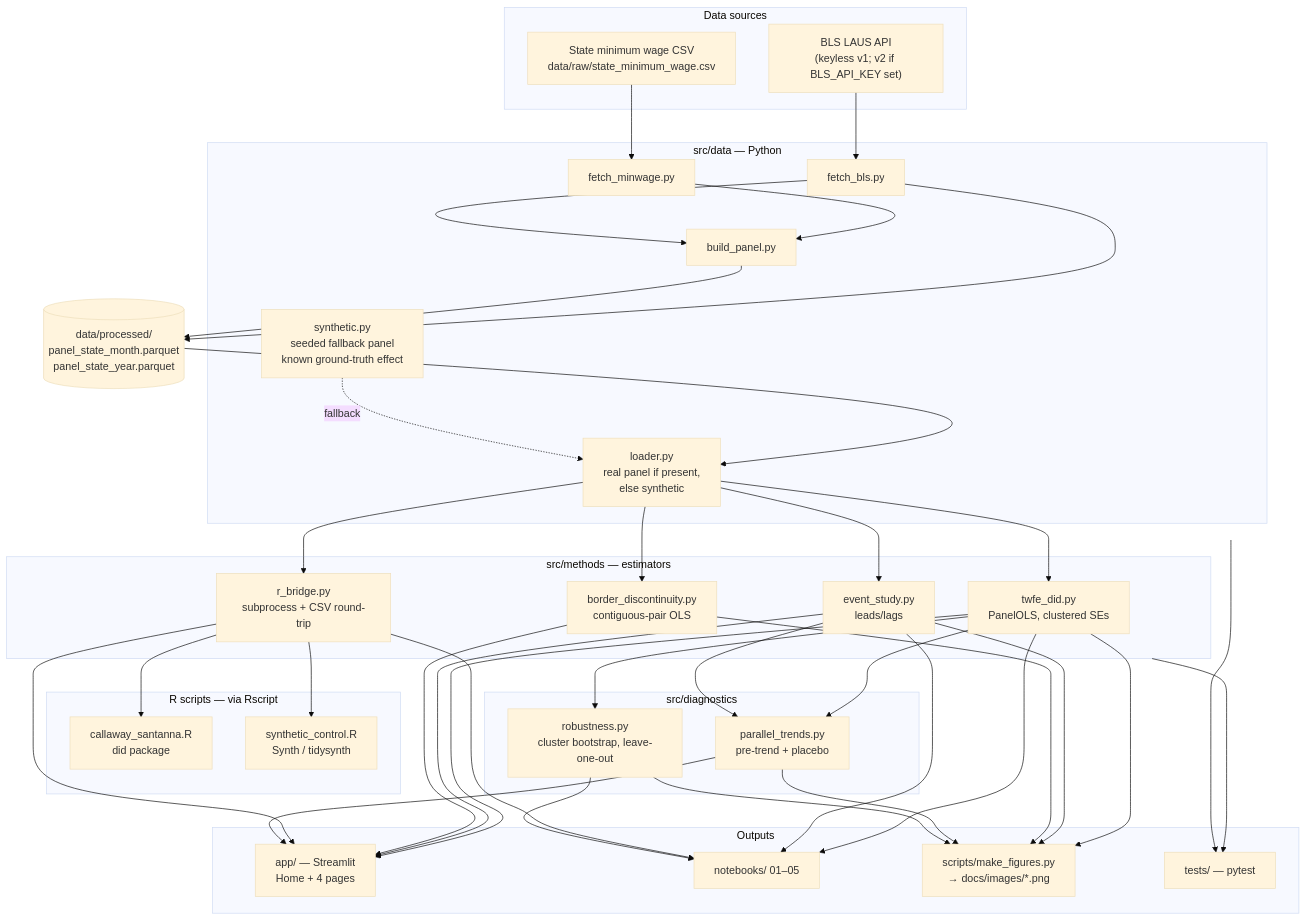
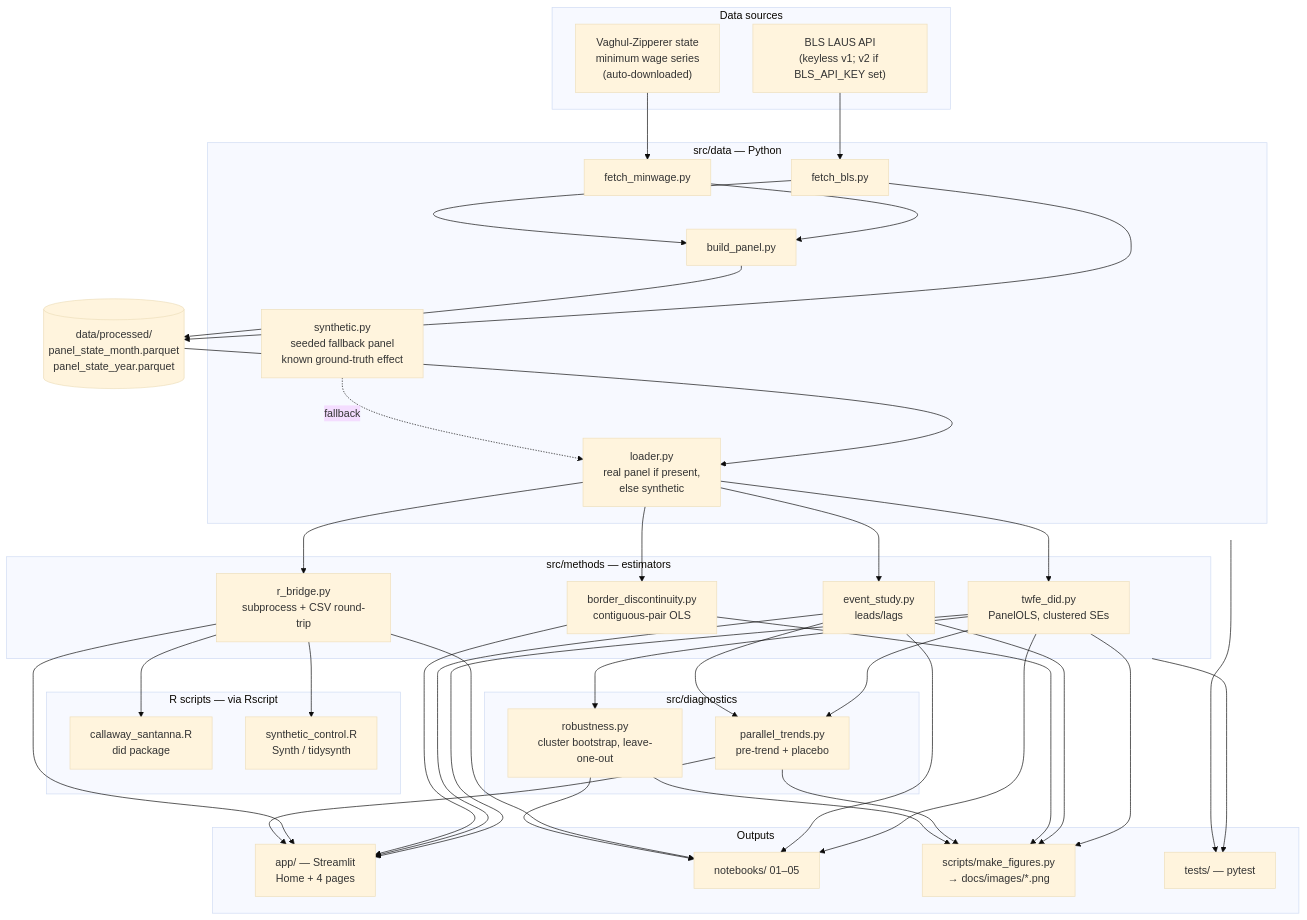
Before and after one commit to thompgt/minimum-wage-causal-inference: the diagram in README.md, drawn with Mermaid (base theme). The commit also changed other lines of this file and 3 other files, not shown here.

First line of the commit message:
Auto-download minimum wage data and derive adoption cohorts

````diff
--- a/README.md
+++ b/README.md
@@ -26,79 +26,79 @@
 ```mermaid
 flowchart TB
     subgraph sources["Data sources"]
         BLS["BLS LAUS API<br/>(keyless v1; v2 if BLS_API_KEY set)"]
-        MW["State minimum wage CSV<br/>data/raw/state_minimum_wage.csv"]
+        MW["Vaghul-Zipperer state<br/>minimum wage series<br/>(auto-downloaded)"]
     end
 
     subgraph ingest["src/data — Python"]
         FB["fetch_bls.py"]
         FM["fetch_minwage.py"]
         BP["build_panel.py"]
         SY["synthetic.py<br/>seeded fallback panel<br/>known ground-truth effect"]
         LD["loader.py<br/>real panel if present,<br/>else synthetic"]
     end
 
     PROC[("data/processed/<br/>panel_state_month.parquet<br/>panel_state_year.parquet")]
 
     subgraph methods["src/methods — estimators"]
         TWFE["twfe_did.py<br/>PanelOLS, clustered SEs"]
         ES["event_study.py<br/>leads/lags"]
         BD["border_discontinuity.py<br/>contiguous-pair OLS"]
         RB["r_bridge.py<br/>subprocess + CSV round-trip"]
     end
 
     subgraph rscripts["R scripts — via Rscript"]
         CS["callaway_santanna.R<br/>did package"]
         SC["synthetic_control.R<br/>Synth / tidysynth"]
     end
 
     subgraph diag["src/diagnostics"]
         PT["parallel_trends.py<br/>pre-trend + placebo"]
         RO["robustness.py<br/>cluster bootstrap, leave-one-out"]
     end
 
     subgraph outputs["Outputs"]
         APP["app/ — Streamlit<br/>Home + 4 pages"]
         NB["notebooks/ 01–05"]
         FIGS["scripts/make_figures.py<br/>→ docs/images/*.png"]
         TESTS["tests/ — pytest"]
     end
 
     BLS --> FB --> PROC
     MW --> FM --> BP
     FB --> BP
     BP --> PROC
     PROC --> LD
     SY -.fallback.-> LD
 
     LD --> TWFE
     LD --> ES
     LD --> BD
     LD --> RB
     RB --> CS
     RB --> SC
 
     TWFE --> PT
     ES --> PT
     TWFE --> RO
 
     TWFE --> APP
     ES --> APP
     BD --> APP
     RB --> APP
     PT --> APP
 
     TWFE --> NB
     ES --> NB
     RB --> NB
     RO --> NB
 
     TWFE --> FIGS
     ES --> FIGS
     BD --> FIGS
     PT --> FIGS
     RO --> FIGS
 
     methods --> TESTS
     ingest --> TESTS
 ```
````
